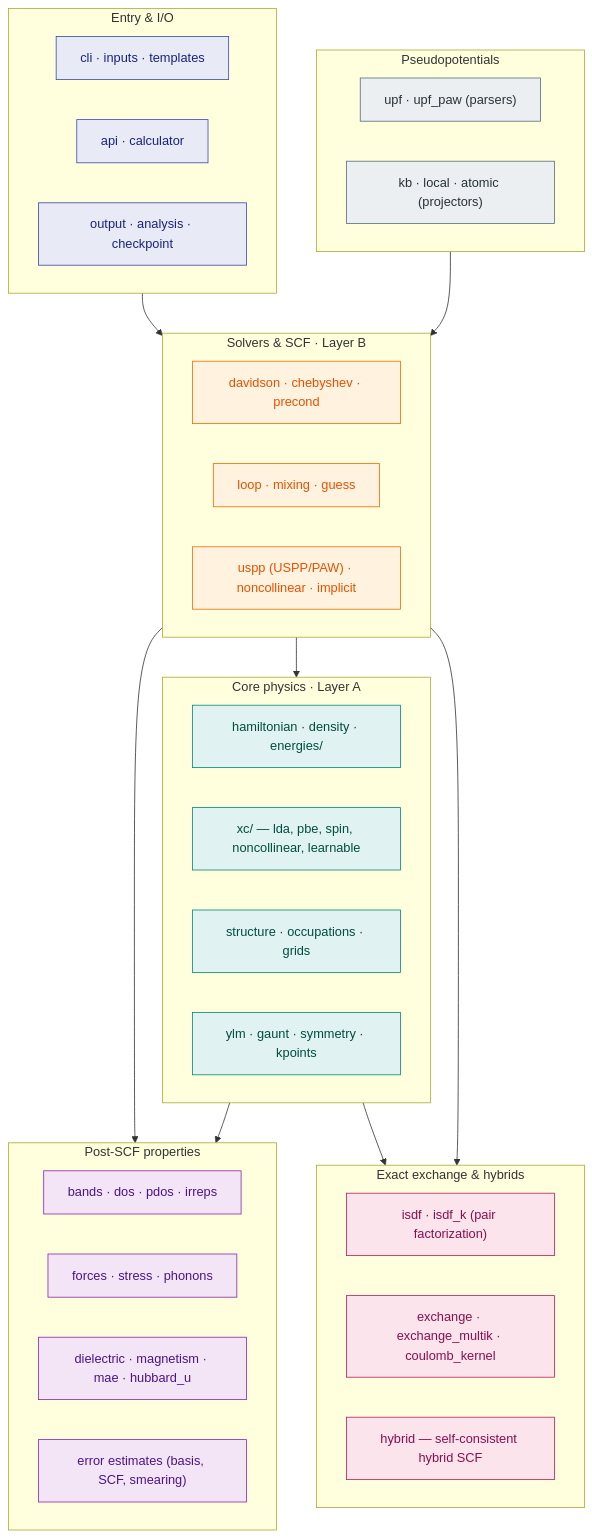
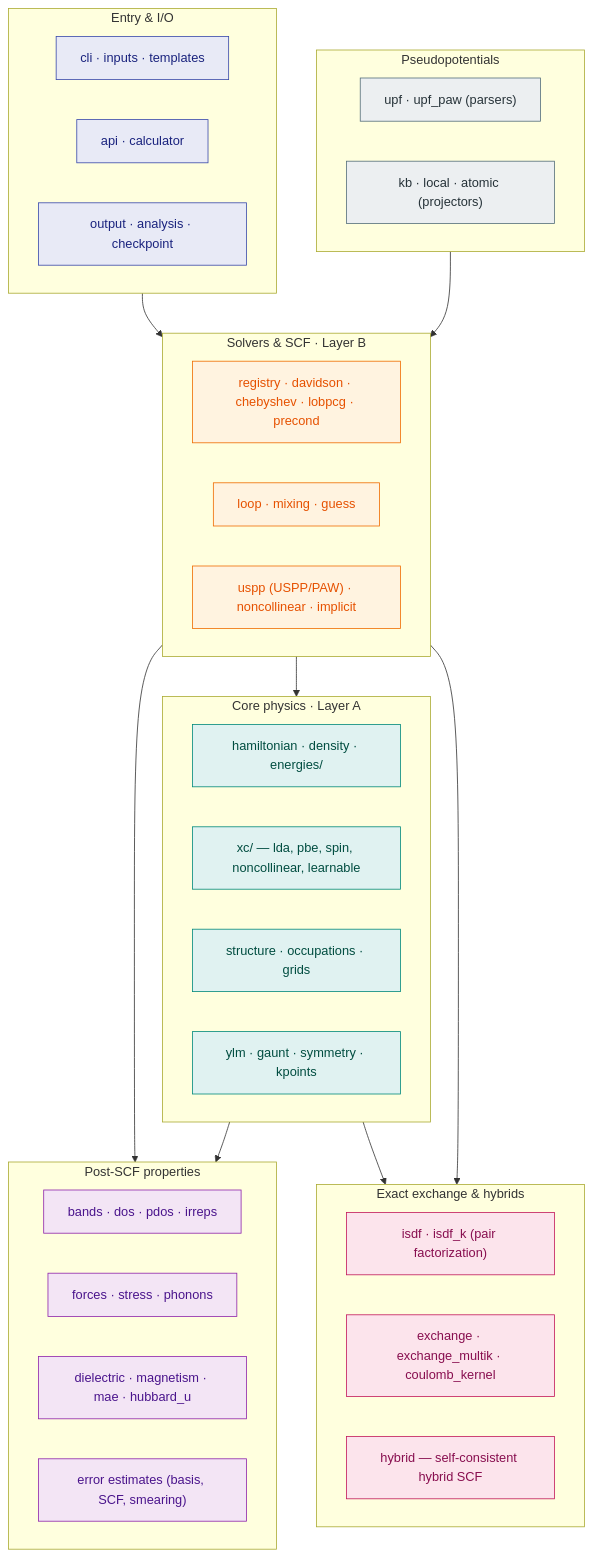
The second of 4 diagrams in docs/manual/architecture.md (wladerer/gradwave), drawn with Mermaid before and after one commit. The commit also changed other lines of this file and 8 other files, not shown here.

````diff
--- a/docs/manual/architecture.md
+++ b/docs/manual/architecture.md
@@ -77,66 +77,66 @@
 ```mermaid
 flowchart TB
     subgraph io["Entry & I/O"]
         direction LR
         i1["cli · inputs · templates"]
         i2["api · calculator"]
         i3["output · analysis · checkpoint"]
     end
 
     subgraph phys["Core physics · Layer A"]
         direction LR
         p1["hamiltonian · density · energies/"]
         p2["xc/ — lda, pbe, spin, noncollinear, learnable"]
         p3["structure · occupations · grids"]
         p4["ylm · gaunt · symmetry · kpoints"]
     end
 
     subgraph pp["Pseudopotentials"]
         direction LR
         pp1["upf · upf_paw (parsers)"]
         pp2["kb · local · atomic (projectors)"]
     end
 
     subgraph solve["Solvers & SCF · Layer B"]
         direction LR
-        s1["davidson · chebyshev · precond"]
+        s1["registry · davidson · chebyshev · lobpcg · precond"]
         s2["loop · mixing · guess"]
         s3["uspp (USPP/PAW) · noncollinear · implicit"]
     end
 
     subgraph props["Post-SCF properties"]
         direction LR
         r1["bands · dos · pdos · irreps"]
         r2["forces · stress · phonons"]
         r3["dielectric · magnetism · mae · hubbard_u"]
         r4["error estimates (basis, SCF, smearing)"]
     end
 
     subgraph hyb["Exact exchange & hybrids"]
         direction LR
         h1["isdf · isdf_k (pair factorization)"]
         h2["exchange · exchange_multik · coulomb_kernel"]
         h3["hybrid — self-consistent hybrid SCF"]
     end
 
     io --> solve
     pp --> solve
     solve --> phys
     solve --> props
     phys --> props
     phys --> hyb
     solve --> hyb
 
     classDef ioc fill:#e8eaf6,stroke:#3949ab,color:#1a237e;
     classDef physc fill:#e0f2f1,stroke:#00897b,color:#004d40;
     classDef ppc fill:#eceff1,stroke:#546e7a,color:#263238;
     classDef solvec fill:#fff3e0,stroke:#ef6c00,color:#e65100;
     classDef propsc fill:#f3e5f5,stroke:#8e24aa,color:#4a148c;
     classDef hybc fill:#fce4ec,stroke:#c2185b,color:#880e4f;
     class i1,i2,i3 ioc;
     class p1,p2,p3,p4 physc;
     class pp1,pp2 ppc;
     class s1,s2,s3 solvec;
     class r1,r2,r3,r4 propsc;
     class h1,h2,h3 hybc;
 ```
````
